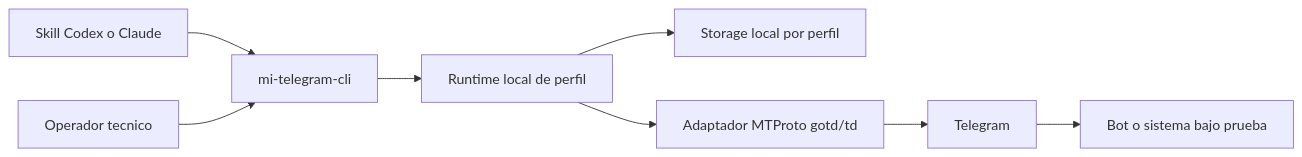
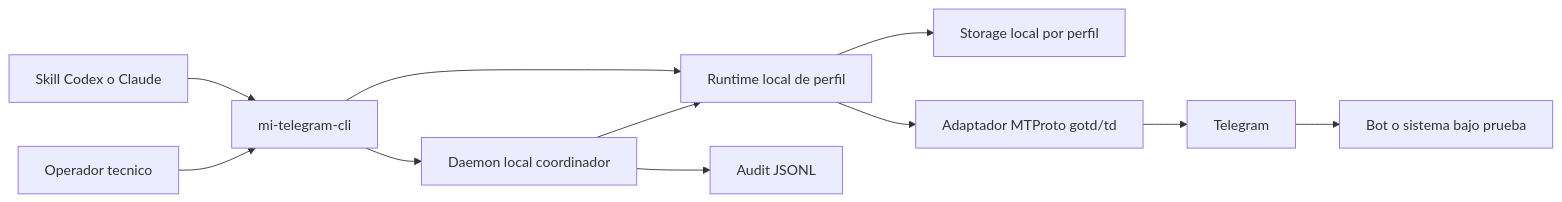
The first of 2 diagrams in .docs/wiki/02_arquitectura.md (fgpaz/mi-telegram-cli), drawn with Mermaid before and after one commit. The commit also changed other lines of this file and 44 other files, not shown here.

Commit message:
Add local daemon coordination and audit

````diff
--- a/.docs/wiki/02_arquitectura.md
+++ b/.docs/wiki/02_arquitectura.md
@@ -19,10 +19,13 @@
 ```mermaid
 flowchart LR
     A[Skill Codex o Claude] --> B[mi-telegram-cli]
     U[Operador tecnico] --> B
     B --> C[Runtime local de perfil]
+    B --> H[Daemon local coordinador]
+    H --> C
+    H --> I[Audit JSONL]
     C --> D[Storage local por perfil]
     C --> E[Adaptador MTProto gotd/td]
     E --> F[Telegram]
     F --> G[Bot o sistema bajo prueba]
 ```
````
